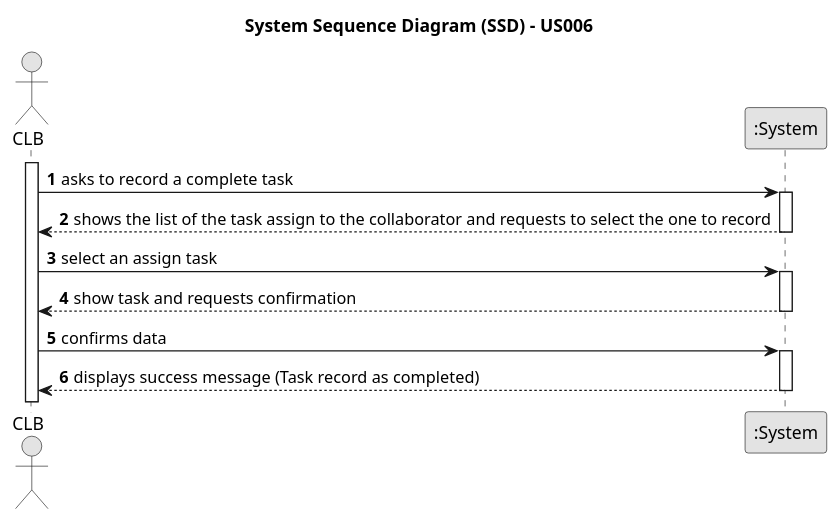
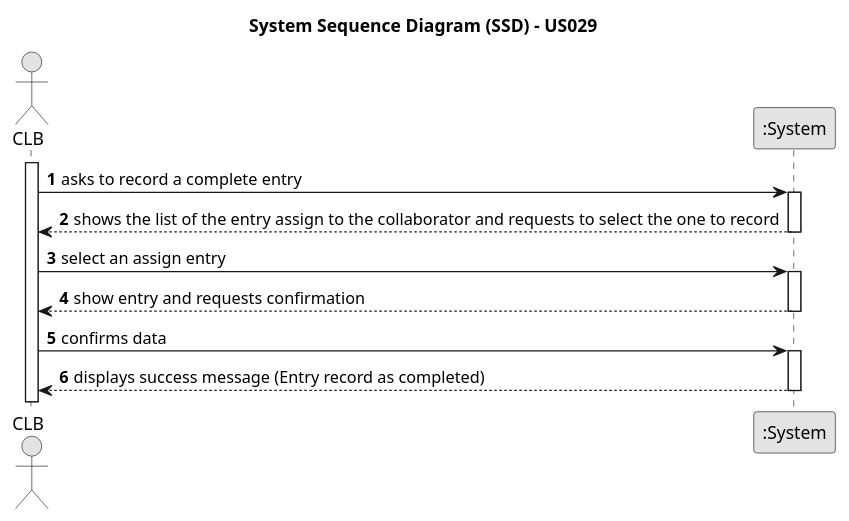
The diagram in docs/sprintC/us029/01.requirements-engineering/puml/us029-system-sequence-diagram-alternative-one.puml (ricardomm7/leaflink), drawn with PlantUML before and after one commit. The commit also changed 30 other files, not shown here.

Commit message:
Change Task to Entry in US24, US25, US29; Update domain model; Send verification from UI to Domain (Vehicle)

```diff
--- a/docs/sprintC/us029/01.requirements-engineering/puml/us029-system-sequence-diagram-alternative-one.puml
+++ b/docs/sprintC/us029/01.requirements-engineering/puml/us029-system-sequence-diagram-alternative-one.puml
@@ -1,34 +1,34 @@
 @startuml
 skinparam monochrome true
 skinparam packageStyle rectangle
 skinparam shadowing false
 
-title System Sequence Diagram (SSD) - US006
+title System Sequence Diagram (SSD) - US029
 
 autonumber
 
 actor "CLB" as CLB
 participant ":System" as System
 
 activate CLB
 
-    CLB -> System : asks to record a complete task
+    CLB -> System : asks to record a complete entry
     activate System
 
-        System --> CLB : shows the list of the task assign to the collaborator and requests to select the one to record
+        System --> CLB : shows the list of the entry assign to the collaborator and requests to select the one to record
     deactivate System
 
-    CLB -> System : select an assign task
+    CLB -> System : select an assign entry
 
     activate System
 
-        System --> CLB : show task and requests confirmation
+        System --> CLB : show entry and requests confirmation
     deactivate System
 
     CLB -> System : confirms data
     activate System
 
-        System --> CLB :  displays success message (Task record as completed)
+        System --> CLB :  displays success message (Entry record as completed)
     deactivate System
 
 @enduml
```
